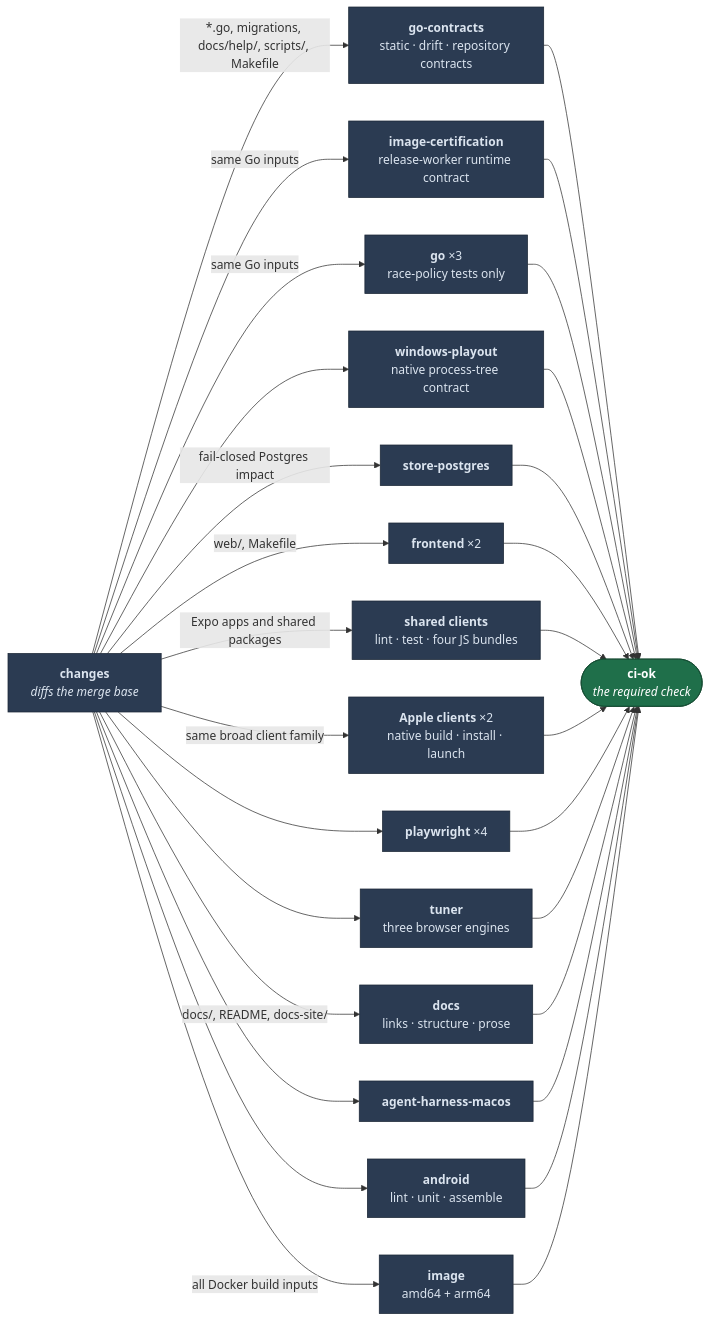
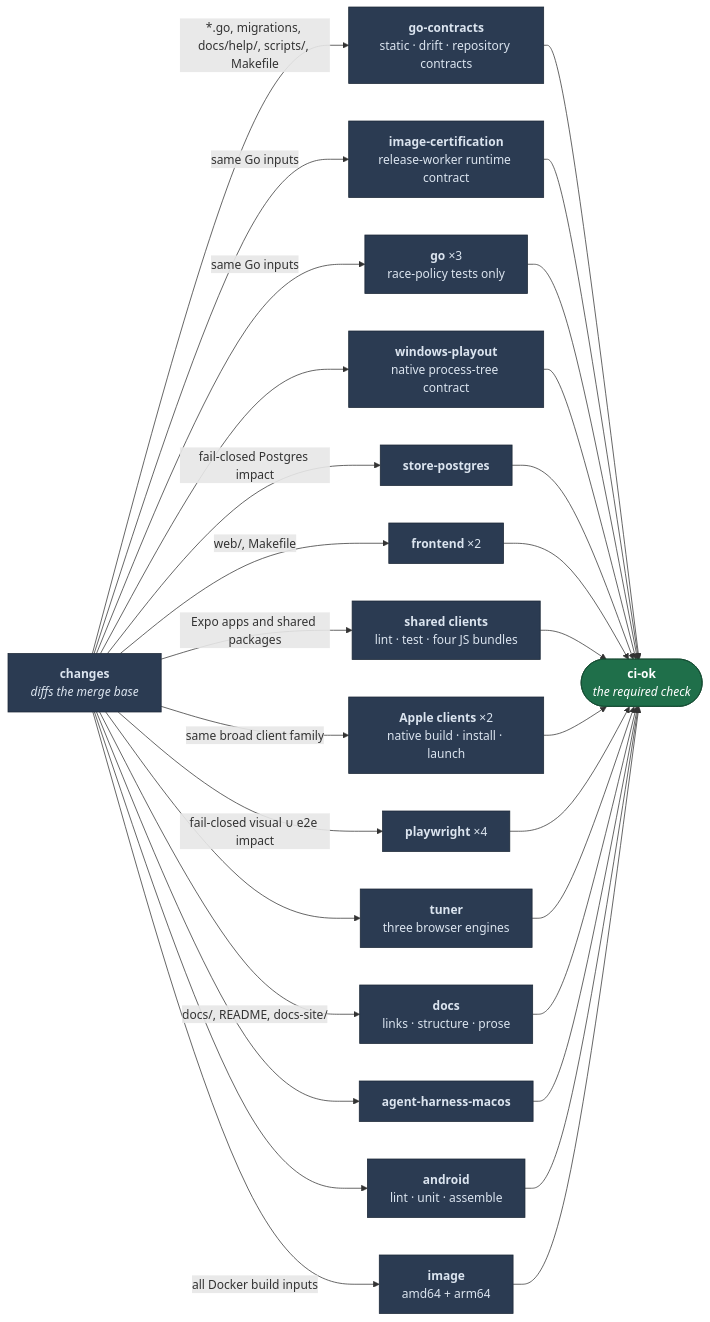
The diagram in docs/dev/ci.md (loomarr/loomarr), drawn with Mermaid before and after one commit. The commit also changed other lines of this file and 9 other files, not shown here.

Commit message:
ci: activate fail-closed Playwright impact

````diff
--- a/docs/dev/ci.md
+++ b/docs/dev/ci.md
@@ -3,53 +3,53 @@
 ```mermaid
 graph LR
   C["<b>changes</b><br/><i>diffs the merge base</i>"]
   GC["<b>go-contracts</b><br/>static · drift · repository contracts"]
   RC["<b>image-certification</b><br/>release-worker runtime contract"]
   G["<b>go</b> ×3<br/>race-policy tests only"]
   X["<b>windows-playout</b><br/>native process-tree contract"]
   P["<b>store-postgres</b>"]
   F["<b>frontend</b> ×2"]
   CJS["<b>shared clients</b><br/>lint · test · four JS bundles"]
   AP["<b>Apple clients</b> ×2<br/>native build · install · launch"]
   W["<b>playwright</b> ×4"]
   T["<b>tuner</b><br/>three browser engines"]
   D["<b>docs</b><br/>links · structure · prose"]
   A["<b>agent-harness-macos</b>"]
   N["<b>android</b><br/>lint · unit · assemble"]
   I["<b>image</b><br/>amd64 + arm64"]
   OK(["<b>ci-ok</b><br/><i>the required check</i>"])
 
   C -->|"*.go, migrations, docs/help/, scripts/, Makefile"| GC
   C -->|"same Go inputs"| G
   C -->|"same Go inputs"| RC
   C --> X
   C -->|"fail-closed Postgres impact"| P
   C -->|"web/, Makefile"| F
   C -->|"Expo apps and shared packages"| CJS
   C -->|"same broad client family"| AP
-  C --> W
+  C -->|"fail-closed visual ∪ e2e impact"| W
   C --> T
   C -->|"docs/, README, docs-site/"| D
   C --> A
   C --> N
   C -->|"all Docker build inputs"| I
   GC --> OK
   RC --> OK
   G --> OK
   X --> OK
   P --> OK
   F --> OK
   CJS --> OK
   AP --> OK
   W --> OK
   T --> OK
   D --> OK
   A --> OK
   N --> OK
   I --> OK
 
   classDef gate fill:#1f6f4a,stroke:#134a31,color:#fff
   classDef job fill:#2b3b52,stroke:#1b2736,color:#dbe4ef
   class OK gate
   class C,GC,RC,G,X,P,F,CJS,AP,W,T,D,A,N,I job
 ```
````
